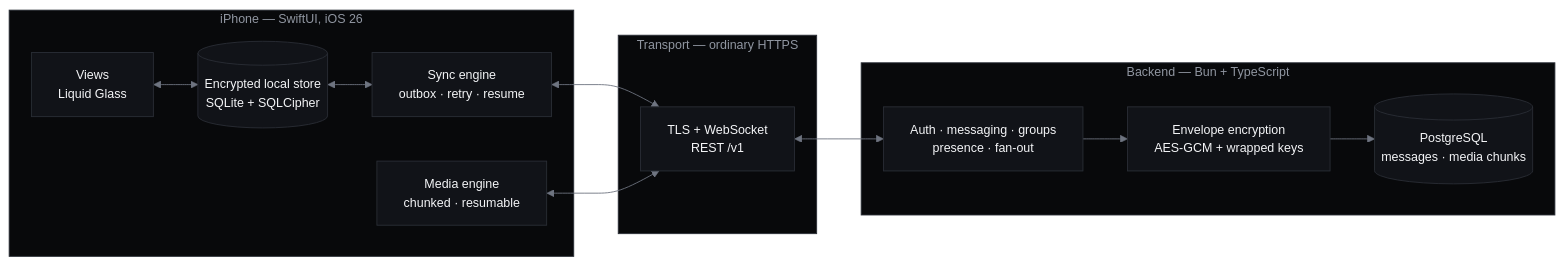
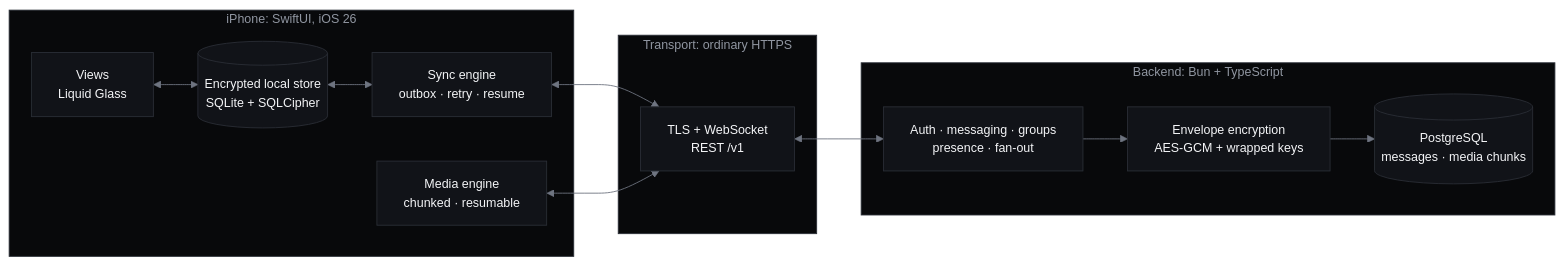
The first of 2 diagrams in README.md (mmarufov/Toj), drawn with Mermaid before and after one commit. The commit also changed other lines of this file, not shown here.

````diff
--- a/README.md
+++ b/README.md
@@ -72,37 +72,37 @@
 ```mermaid
 %%{init: {"theme":"base","themeVariables":{
   "primaryColor":"#111318","primaryTextColor":"#F4F5F7","primaryBorderColor":"#2A2E36",
   "lineColor":"#6E7480","textColor":"#F4F5F7","fontSize":"14px",
   "clusterBkg":"#08090B","clusterBorder":"#2A2E36"
 }}}%%
 flowchart LR
-    subgraph device["iPhone — SwiftUI, iOS 26"]
+    subgraph device["iPhone: SwiftUI, iOS 26"]
         UI["Views<br/>Liquid Glass"]
         Store[("Encrypted local store<br/>SQLite + SQLCipher")]
         Sync["Sync engine<br/>outbox · retry · resume"]
         Media["Media engine<br/>chunked · resumable"]
     end
 
-    subgraph edge["Transport — ordinary HTTPS"]
+    subgraph edge["Transport: ordinary HTTPS"]
         WS["TLS + WebSocket<br/>REST /v1"]
     end
 
-    subgraph backend["Backend — Bun + TypeScript"]
+    subgraph backend["Backend: Bun + TypeScript"]
         API["Auth · messaging · groups<br/>presence · fan-out"]
         Env["Envelope encryption<br/>AES-GCM + wrapped keys"]
         DB[("PostgreSQL<br/>messages · media chunks")]
     end
 
     UI <--> Store
     Store <--> Sync
     Sync <--> WS
     Media <--> WS
     WS <--> API
     API --> Env --> DB
 
     classDef n fill:#111318,stroke:#2A2E36,color:#F4F5F7
     class UI,Store,Sync,Media,WS,API,Env,DB n
     style device fill:#08090B,stroke:#2A2E36,color:#9096A1
     style edge fill:#08090B,stroke:#2A2E36,color:#9096A1
     style backend fill:#08090B,stroke:#2A2E36,color:#9096A1
 ```
````
